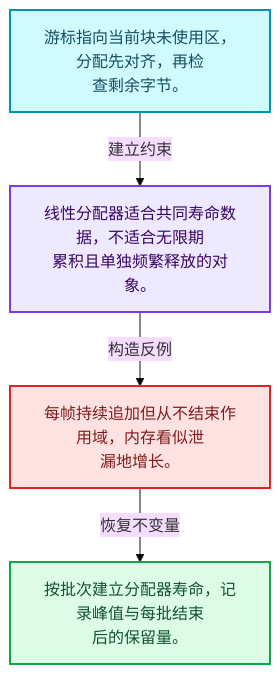
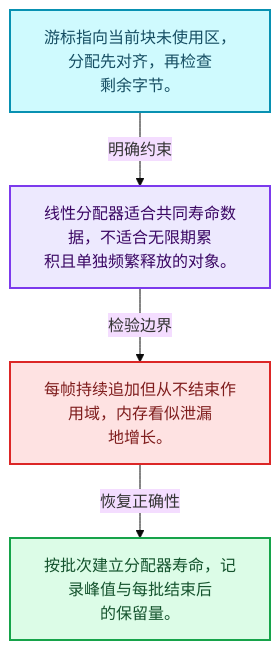
One commit to yunkezengren/blender-.vscode changed the first of 4 diagrams in 杂/markdown/全面学习-codex/03-内存分配与运行时类型/02-LinearAllocator布局.md. Above: the diagram before and after it, drawn with Mermaid (base theme). The commit also changed other lines of this file and 1930 other files, not shown here.

````diff
--- a/杂/markdown/全面学习-codex/03-内存分配与运行时类型/02-LinearAllocator布局.md
+++ b/杂/markdown/全面学习-codex/03-内存分配与运行时类型/02-LinearAllocator布局.md
@@ -29,16 +29,16 @@
 ```mermaid
 flowchart TB
-  M["游标指向当前块未使用区，分配先对齐，再检<br/>查剩余字节。"]:::data
-  T["线性分配器适合共同寿命数据，不适合无限期<br/>累积且单独频繁释放的对象。"]:::abstraction
-  X["每帧持续追加但从不结束作用域，内存看似泄<br/>漏地增长。"]:::error
-  A["按批次建立分配器寿命，记录峰值与每批结束<br/>后的保留量。"]:::result
-  M -->|"建立约束"| T
-  T -->|"构造反例"| X
-  X -->|"恢复不变量"| A
+  M["游标指向当前块未使用区，分配先对齐，再检查<br/>剩余字节。"]:::data
+  C["线性分配器适合共同寿命数据，不适合无限期累<br/>积且单独频繁释放的对象。"]:::abstraction
+  B["每帧持续追加但从不结束作用域，内存看似泄漏<br/>地增长。"]:::error
+  R["按批次建立分配器寿命，记录峰值与每批结束后<br/>的保留量。"]:::result
+  M -->|"明确约束"| C
+  C -->|"检验边界"| B
+  B -->|"恢复正确性"| R
   classDef input fill:#DBEAFE,stroke:#2563EB,color:#172554,stroke-width:2px;
   classDef data fill:#CFFAFE,stroke:#0891B2,color:#164E63,stroke-width:2px;
   classDef abstraction fill:#EDE9FE,stroke:#7C3AED,color:#3B0764,stroke-width:2px;
   classDef compute fill:#FEF3C7,stroke:#D97706,color:#78350F,stroke-width:2px;
   classDef result fill:#DCFCE7,stroke:#16A34A,color:#14532D,stroke-width:2px;
   classDef error fill:#FEE2E2,stroke:#DC2626,color:#7F1D1D,stroke-width:2px;
 ```
````
